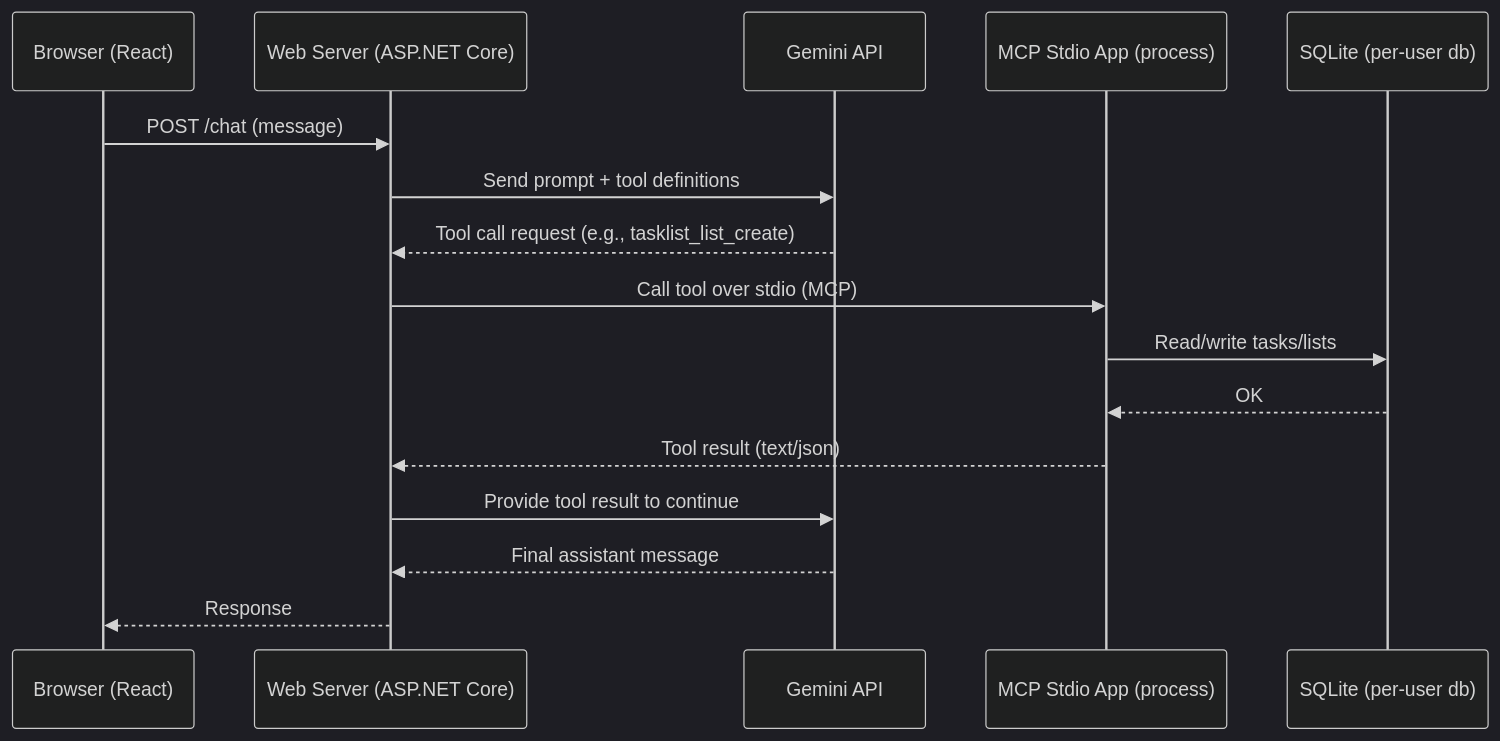
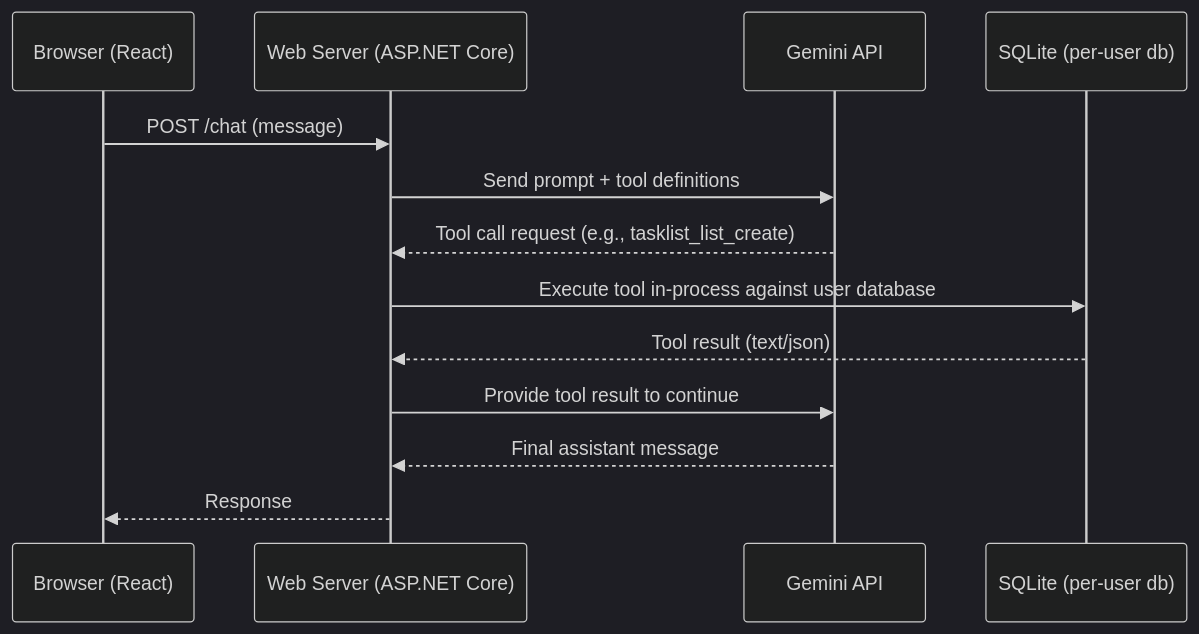
One commit to am-space/own-planner changed the fourth of 4 diagrams in README.md. Above: the diagram before and after it, drawn with Mermaid (dark theme). The commit also changed other lines of this file and 3 other files, not shown here.

````diff
--- a/README.md
+++ b/README.md
@@ -75,19 +72,16 @@
 ```mermaid
 sequenceDiagram
   participant B as Browser (React)
   participant W as Web Server (ASP.NET Core)
   participant G as Gemini API
-  participant M as MCP Stdio App (process)
   participant D as SQLite (per-user db)
 
   B->>W: POST /chat (message)
   W->>G: Send prompt + tool definitions
   G-->>W: Tool call request (e.g., tasklist_list_create)
-  W->>M: Call tool over stdio (MCP)
-  M->>D: Read/write tasks/lists
-  D-->>M: OK
-  M-->>W: Tool result (text/json)
+  W->>D: Execute tool in-process against user database
+  D-->>W: Tool result (text/json)
   W->>G: Provide tool result to continue
   G-->>W: Final assistant message
   W-->>B: Response
 ```
````
